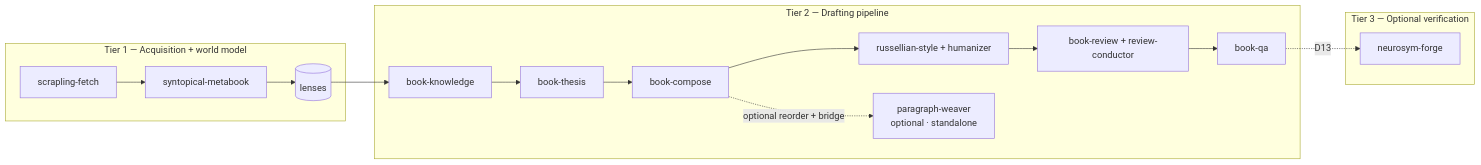
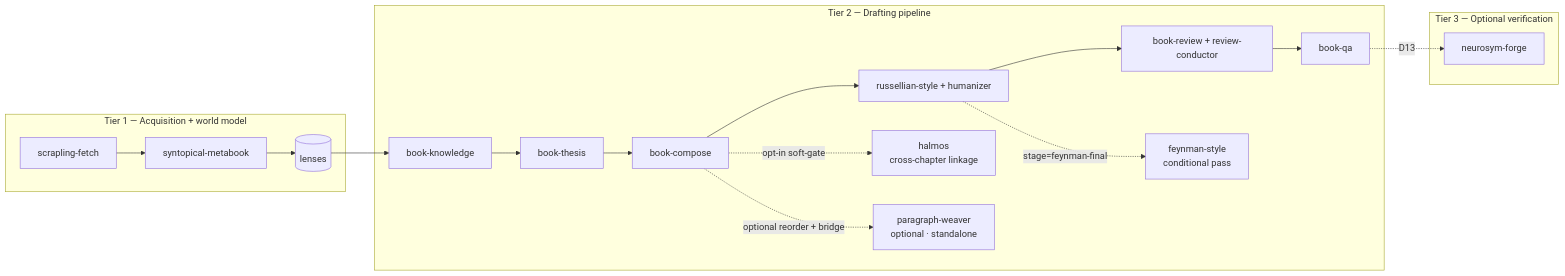
The first of 9 diagrams in README.md (CharlesHoskinson/russellian-book-suite), drawn with Mermaid before and after one commit. The commit also changed other lines of this file and 2 other files, not shown here.

Commit message:
Register feynman-style and halmos in suite docs

````diff
--- a/README.md
+++ b/README.md
@@ -146,20 +146,22 @@
 ```mermaid
 graph LR
     subgraph T1["Tier 1 — Acquisition + world model"]
         A1[scrapling-fetch] --> A2[syntopical-metabook]
         A2 --> A3[(lenses)]
     end
     subgraph T2["Tier 2 — Drafting pipeline"]
         B1[book-knowledge] --> B2[book-thesis]
         B2 --> B3[book-compose]
         B3 --> B4[russellian-style + humanizer]
         B4 --> B5[book-review + review-conductor]
         B5 --> B6[book-qa]
+        B4 -. stage=feynman-final .-> B4F[feynman-style<br/>conditional pass]
+        B3 -. opt-in soft-gate .-> B4H[halmos<br/>cross-chapter linkage]
         B3 -. optional reorder + bridge .-> BPW[paragraph-weaver<br/>optional · standalone]
     end
     subgraph T3["Tier 3 — Optional verification"]
         C1[neurosym-forge]
     end
     A3 --> B1
     B6 -. D13 .-> C1
 ```
````
